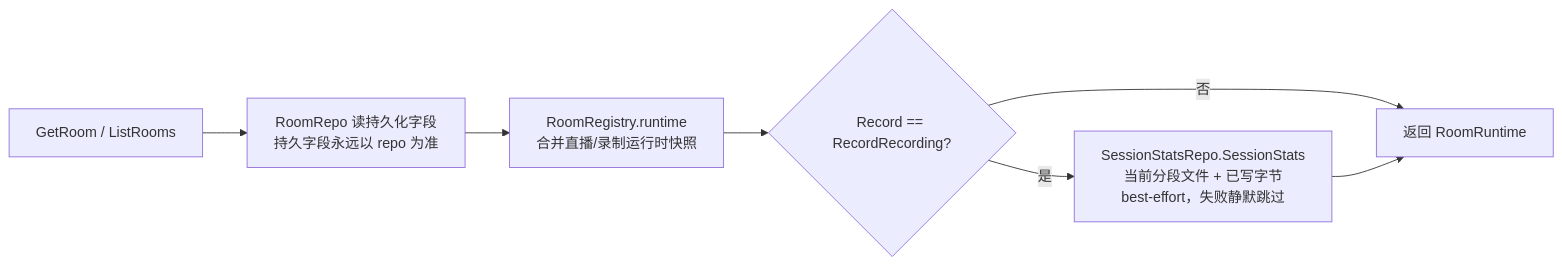
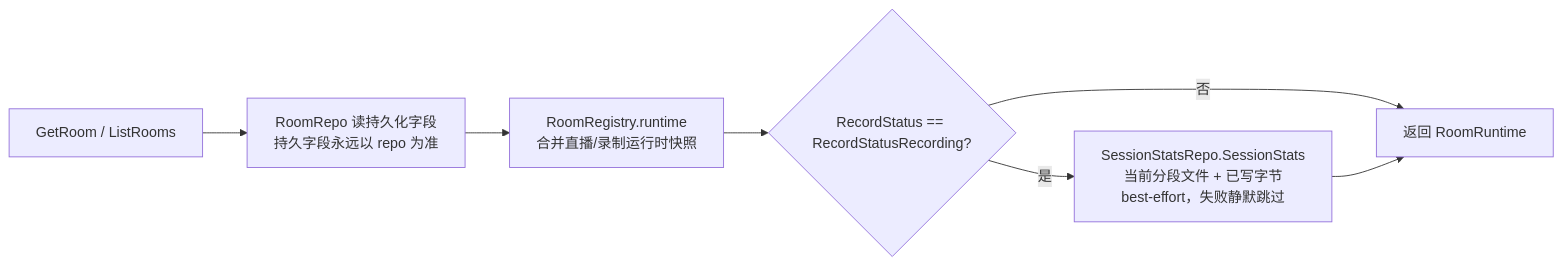
Before and after one commit to xgbt/suika: the seventh of 8 diagrams in docs/design/ddd-domain-model.md, drawn with Mermaid. The commit also changed other lines of this file and 7 other files, not shown here.

First line of the commit message:
refactor: rename LiveState and RecordState to LiveStatus and RecordStatus for clarity

````diff
--- a/docs/design/ddd-domain-model.md
+++ b/docs/design/ddd-domain-model.md
@@ -538,9 +536,9 @@
 ```mermaid
 flowchart LR
     A[GetRoom / ListRooms] --> B[RoomRepo 读持久化字段<br/>持久字段永远以 repo 为准]
     B --> C[RoomRegistry.runtime<br/>合并直播/录制运行时快照]
-    C --> D{Record == RecordRecording?}
+    C --> D{RecordStatus == RecordStatusRecording?}
     D -->|是| E[SessionStatsRepo.SessionStats<br/>当前分段文件 + 已写字节<br/>best-effort，失败静默跳过]
     D -->|否| F[返回 RoomRuntime]
     E --> F
 ```
````
